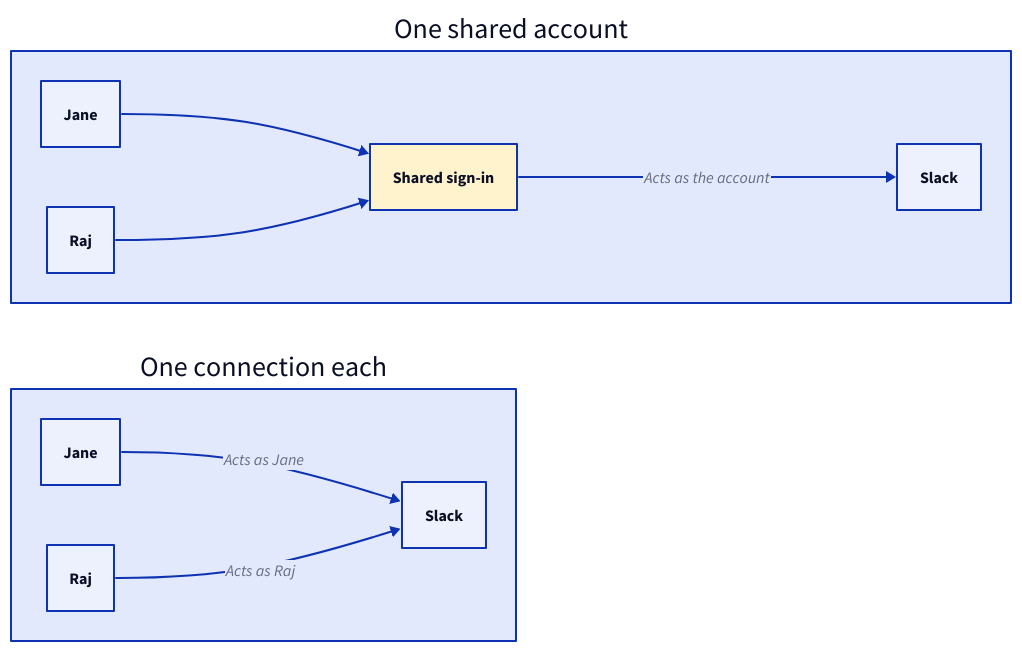
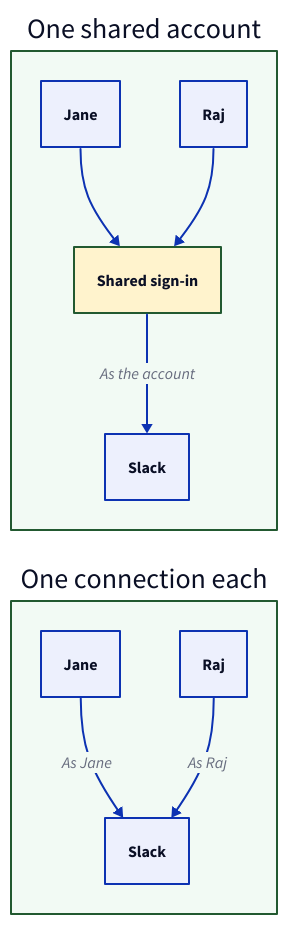
One commit to tallyfy/documentation changed the diagram in src/content/docs/pro/integrations/vault/index.mdx. Above: the diagram before and after it, drawn with D2. The commit also changed other lines of this file and 13 other files, not shown here.

First line of the commit message:
Redraw 16 diagrams on 14 pages so they read at full size

````diff
--- a/src/content/docs/pro/integrations/vault/index.mdx
+++ b/src/content/docs/pro/integrations/vault/index.mdx
@@ -32,25 +32,35 @@
 ```d2
-direction: right
+# One shared account versus one connection each
+direction: down
+grid-columns: 1
+grid-gap: 30
 
 Shared: "One shared account" {
+  style.fill: "#f2faf4"
+  style.stroke: "#225930"
+
   JaneA: "Jane"
   RajA: "Raj"
   Account: "Shared sign-in" {
     style.fill: "#fff3cd"
+    style.stroke: "#225930"
   }
   SlackA: "Slack"
 
   JaneA -> Account
   RajA -> Account
-  Account -> SlackA: "Acts as the account"
+  Account -> SlackA: "As the account"
 }
 
 Each: "One connection each" {
+  style.fill: "#f2faf4"
+  style.stroke: "#225930"
+
   JaneB: "Jane"
   RajB: "Raj"
   SlackB: "Slack"
 
-  JaneB -> SlackB: "Acts as Jane"
-  RajB -> SlackB: "Acts as Raj"
+  JaneB -> SlackB: "As Jane"
+  RajB -> SlackB: "As Raj"
 }
 ```
````
